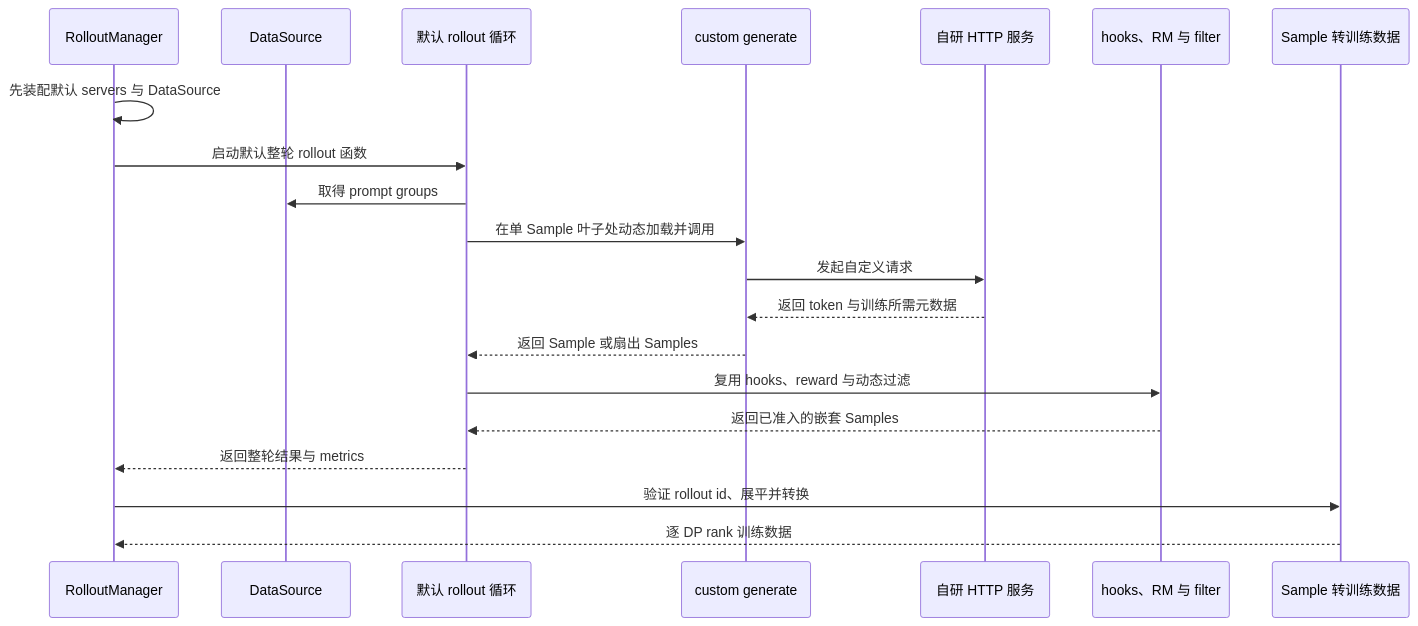
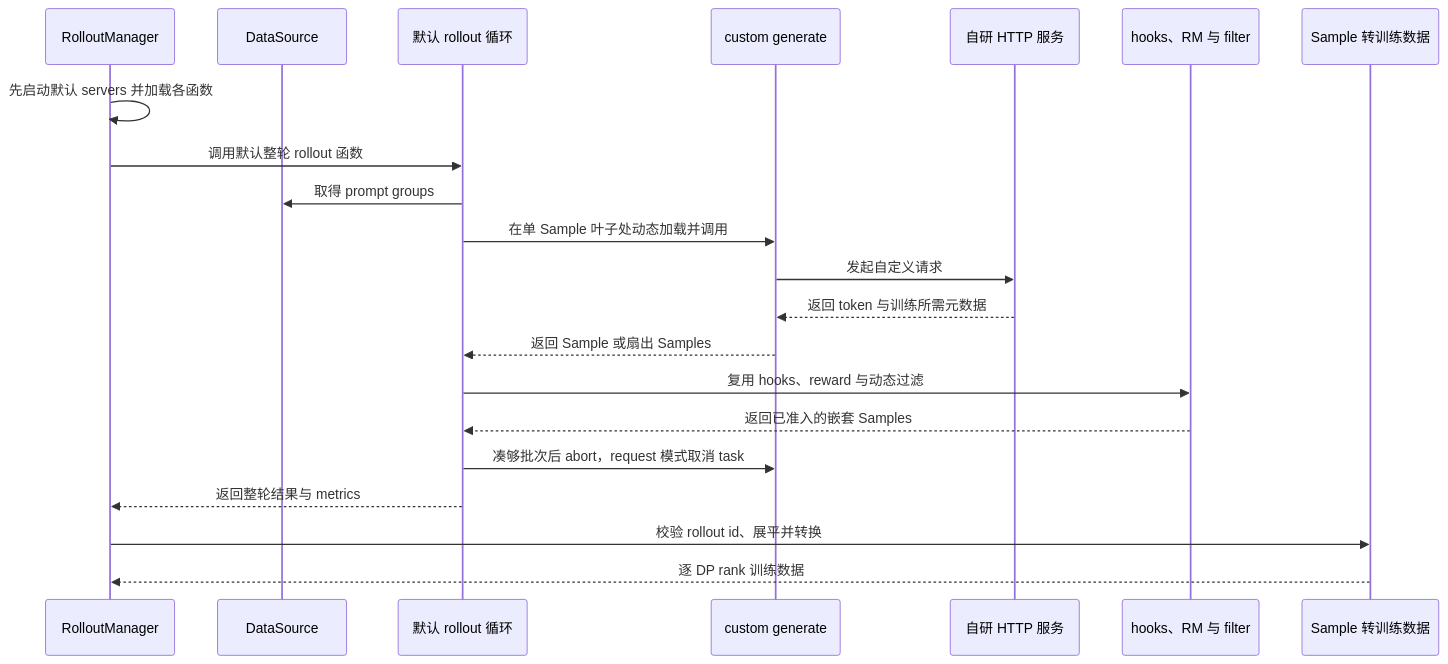
Before and after one commit to suhaibo666/llm-knowledge: the second of 2 diagrams in wiki/02_engineering/04_posttrain_frameworks/slime/19_slime_rollout_backend_extension_analysis.md, drawn with Mermaid. The commit also changed other lines of this file and 223 other files, not shown here.

````diff
--- a/wiki/02_engineering/04_posttrain_frameworks/slime/19_slime_rollout_backend_extension_analysis.md
+++ b/wiki/02_engineering/04_posttrain_frameworks/slime/19_slime_rollout_backend_extension_analysis.md
@@ -125,22 +179,23 @@
 ```mermaid
 sequenceDiagram
     participant RM as RolloutManager
     participant DS as DataSource
     participant RL as 默认 rollout 循环
     participant CG as custom generate
     participant HS as 自研 HTTP 服务
     participant RF as hooks、RM 与 filter
     participant CV as Sample 转训练数据
-    RM->>RM: 先装配默认 servers 与 DataSource
-    RM->>RL: 启动默认整轮 rollout 函数
+    RM->>RM: 先启动默认 servers 并加载各函数
+    RM->>RL: 调用默认整轮 rollout 函数
     RL->>DS: 取得 prompt groups
     RL->>CG: 在单 Sample 叶子处动态加载并调用
     CG->>HS: 发起自定义请求
     HS-->>CG: 返回 token 与训练所需元数据
     CG-->>RL: 返回 Sample 或扇出 Samples
     RL->>RF: 复用 hooks、reward 与动态过滤
     RF-->>RL: 返回已准入的嵌套 Samples
+    RL->>CG: 凑够批次后 abort，request 模式取消 task
     RL-->>RM: 返回整轮结果与 metrics
-    RM->>CV: 验证 rollout id、展平并转换
+    RM->>CV: 校验 rollout id、展平并转换
     CV-->>RM: 逐 DP rank 训练数据
 ```
````
